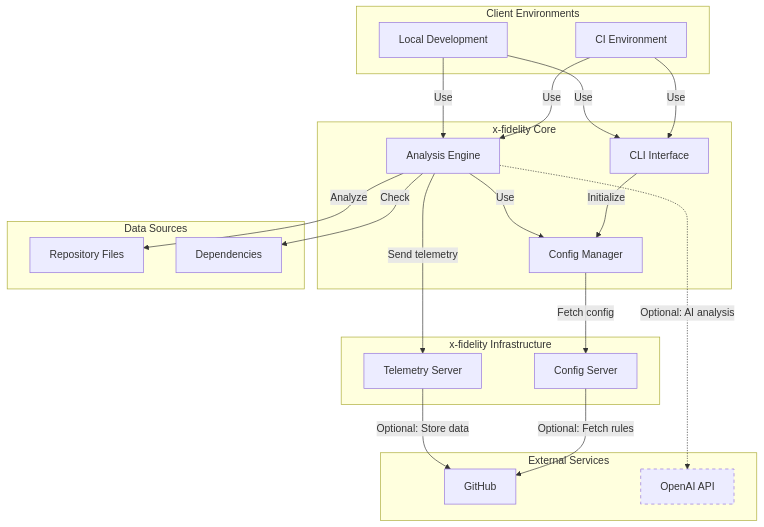
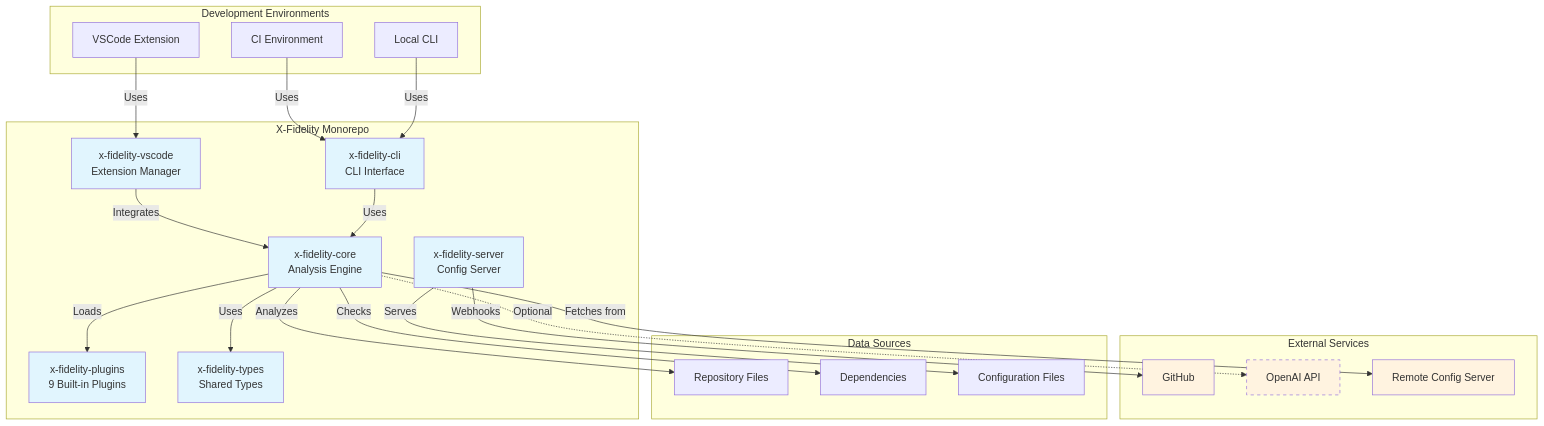
Before and after one commit to zotoio/x-fidelity: the diagram in website/docs/intro.md, drawn with Mermaid. The commit also changed other lines of this file and 44 other files, not shown here.

````diff
--- a/website/docs/intro.md
+++ b/website/docs/intro.md
@@ -23,50 +44,54 @@
 ```mermaid
 graph TD
-    subgraph "Client Environments"
+    subgraph "Development Environments"
+        VSCode[VSCode Extension]
         CI[CI Environment]
-        Local[Local Development]
+        Local[Local CLI]
     end
 
-    subgraph "x-fidelity Core"
-        Engine[Analysis Engine]
-        CLI[CLI Interface]
-        ConfigMgr[Config Manager]
-    end
-
-    subgraph "x-fidelity Infrastructure"
-        CS[Config Server]
-        TS[Telemetry Server]
+    subgraph "X-Fidelity Monorepo"
+        Core[x-fidelity-core<br/>Analysis Engine]
+        CLI[x-fidelity-cli<br/>CLI Interface]
+        VSExt[x-fidelity-vscode<br/>Extension Manager]
+        Plugins[x-fidelity-plugins<br/>9 Built-in Plugins]
+        Server[x-fidelity-server<br/>Config Server]
+        Types[x-fidelity-types<br/>Shared Types]
     end
 
     subgraph "External Services"
         GH[GitHub]
         OAI[OpenAI API]
+        Remote[Remote Config Server]
     end
 
     subgraph "Data Sources"
         Files[Repository Files]
         Deps[Dependencies]
+        Config[Configuration Files]
     end
 
-    CI -->|Use| Engine
-    Local -->|Use| Engine
-    CI -->|Use| CLI
-    Local -->|Use| CLI
+    VSCode -->|Uses| VSExt
+    CI -->|Uses| CLI
+    Local -->|Uses| CLI
 
-    CLI -->|Initialize| ConfigMgr
-    Engine -->|Use| ConfigMgr
+    VSExt -->|Integrates| Core
+    CLI -->|Uses| Core
+    Core -->|Loads| Plugins
+    Core -->|Uses| Types
 
-    ConfigMgr -->|Fetch config| CS
-    Engine -->|Send telemetry| TS
+    Server -->|Serves| Config
+    Core -->|Fetches from| Remote
+    Core -->|Analyzes| Files
+    Core -->|Checks| Deps
 
-    Engine -->|Analyze| Files
-    Engine -->|Check| Deps
+    Server -->|Webhooks| GH
+    Core -.->|Optional| OAI
 
-    CS -->|Optional: Fetch rules| GH
-    TS -->|Optional: Store data| GH
+    classDef monorepo fill:#e1f5fe
+    classDef optional stroke-dasharray: 5 5
+    classDef external fill:#fff3e0
 
-    Engine -.->|Optional: AI analysis| OAI
-
-    classDef optional stroke-dasharray: 5 5
+    class Core,CLI,VSExt,Plugins,Server,Types monorepo
     class OAI optional
+    class GH,OAI,Remote external
 ```
````
